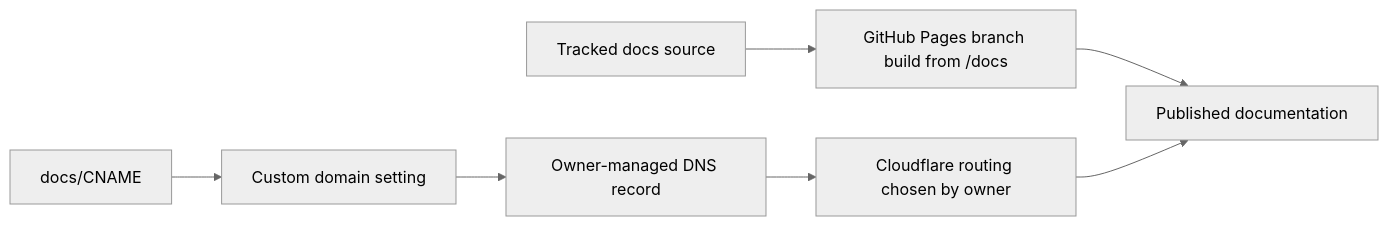
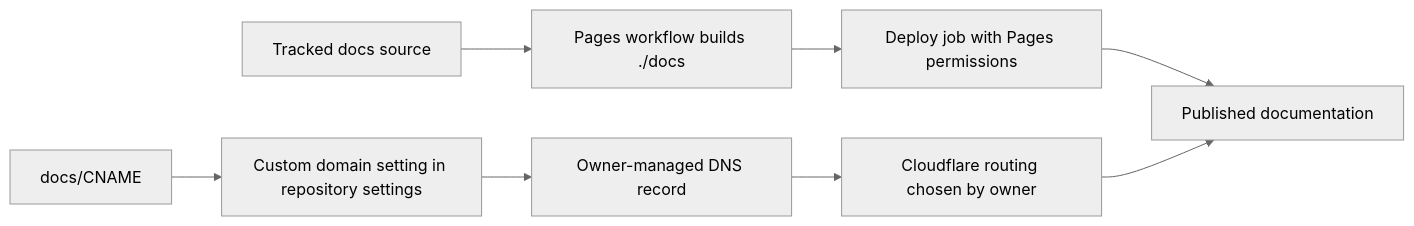
One commit to HELIX-Origin-Dev/agents-ecosystem changed the second of 2 diagrams in docs/developer/research/github-repository-foundations.md. Above: the diagram before and after it, drawn with Mermaid (neutral theme). The commit also changed other lines of this file and 23 other files, not shown here.

Commit message:
Add GitHub Packages publication and real DCM package

````diff
--- a/docs/developer/research/github-repository-foundations.md
+++ b/docs/developer/research/github-repository-foundations.md
@@ -91,9 +97,10 @@
 ```mermaid
 flowchart LR
-  S[Tracked docs source] --> B[GitHub Pages branch build from /docs]
-  C[docs/CNAME] --> D[Custom domain setting]
-  D --> DNS[Owner-managed DNS record]
+  S[Tracked docs source] --> W[Pages workflow builds ./docs]
+  W --> D[Deploy job with Pages permissions]
+  C[docs/CNAME] --> DS[Custom domain setting in repository settings]
+  DS --> DNS[Owner-managed DNS record]
   DNS --> CF[Cloudflare routing chosen by owner]
-  B --> SITE[Published documentation]
+  D --> SITE[Published documentation]
   CF --> SITE
 ```
````
